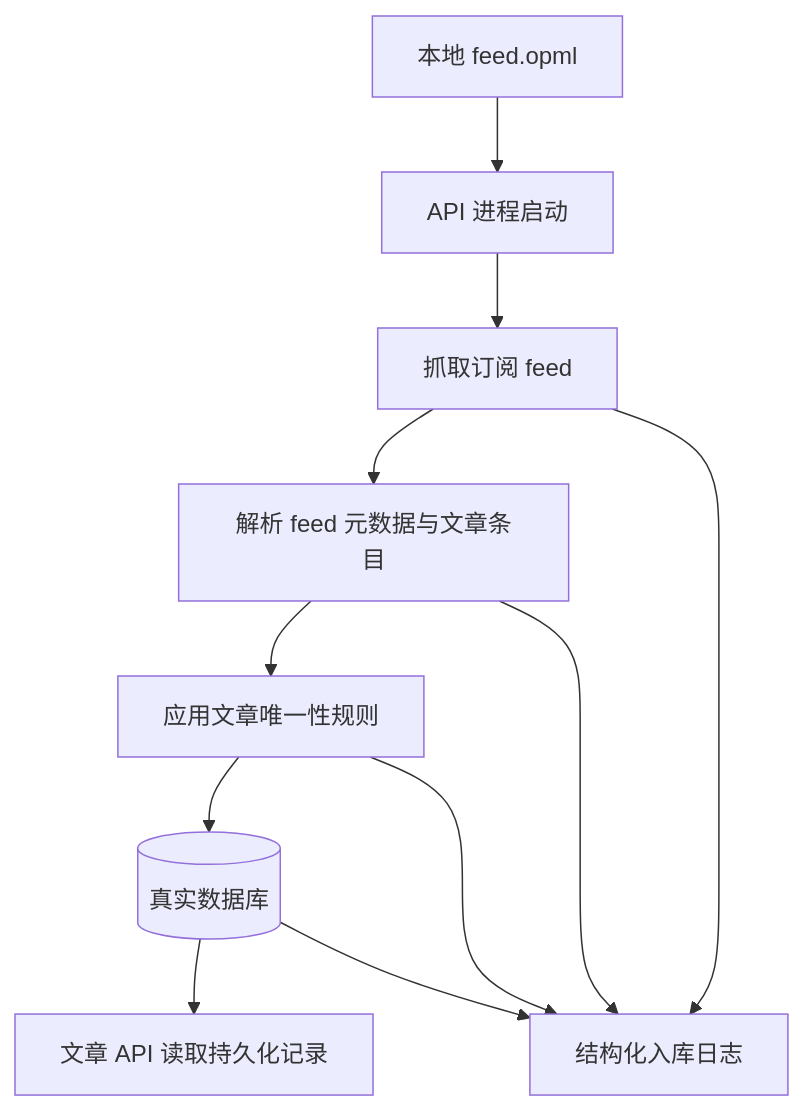
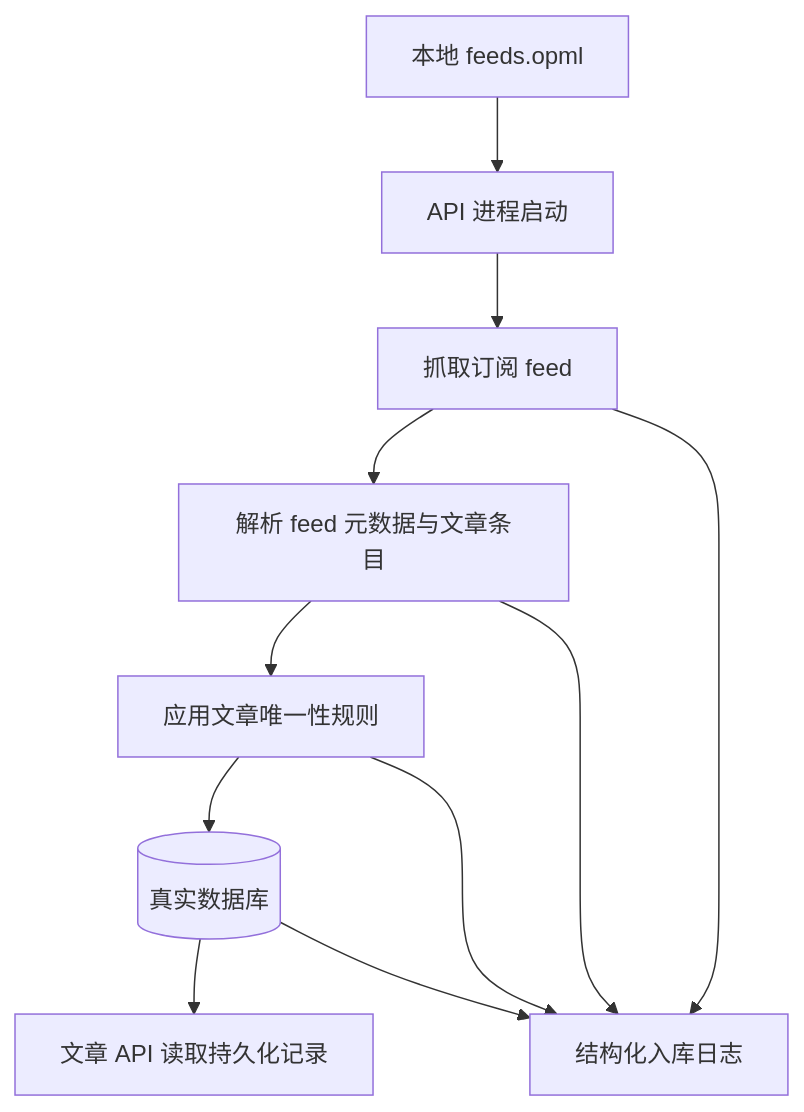
The diagram in docs/zh-Hans/brainstorms/2026-04-15-v0-1-slice-2-feed-ingestion-requirements.md (sommio/RSSift), drawn with Mermaid before and after one commit. The commit also changed other lines of this file and 3 other files, not shown here.

````diff
--- a/docs/zh-Hans/brainstorms/2026-04-15-v0-1-slice-2-feed-ingestion-requirements.md
+++ b/docs/zh-Hans/brainstorms/2026-04-15-v0-1-slice-2-feed-ingestion-requirements.md
@@ -19,13 +19,13 @@
 ```mermaid
 flowchart TB
-    OPML[本地 feed.opml] --> START[API 进程启动]
+    OPML[本地 feeds.opml] --> START[API 进程启动]
     START --> FETCH[抓取订阅 feed]
     FETCH --> PARSE[解析 feed 元数据与文章条目]
     PARSE --> DEDUP[应用文章唯一性规则]
     DEDUP --> DB[(真实数据库)]
     DB --> API[文章 API 读取持久化记录]
     FETCH --> LOGS[结构化入库日志]
     PARSE --> LOGS
     DEDUP --> LOGS
     DB --> LOGS
 ```
````
